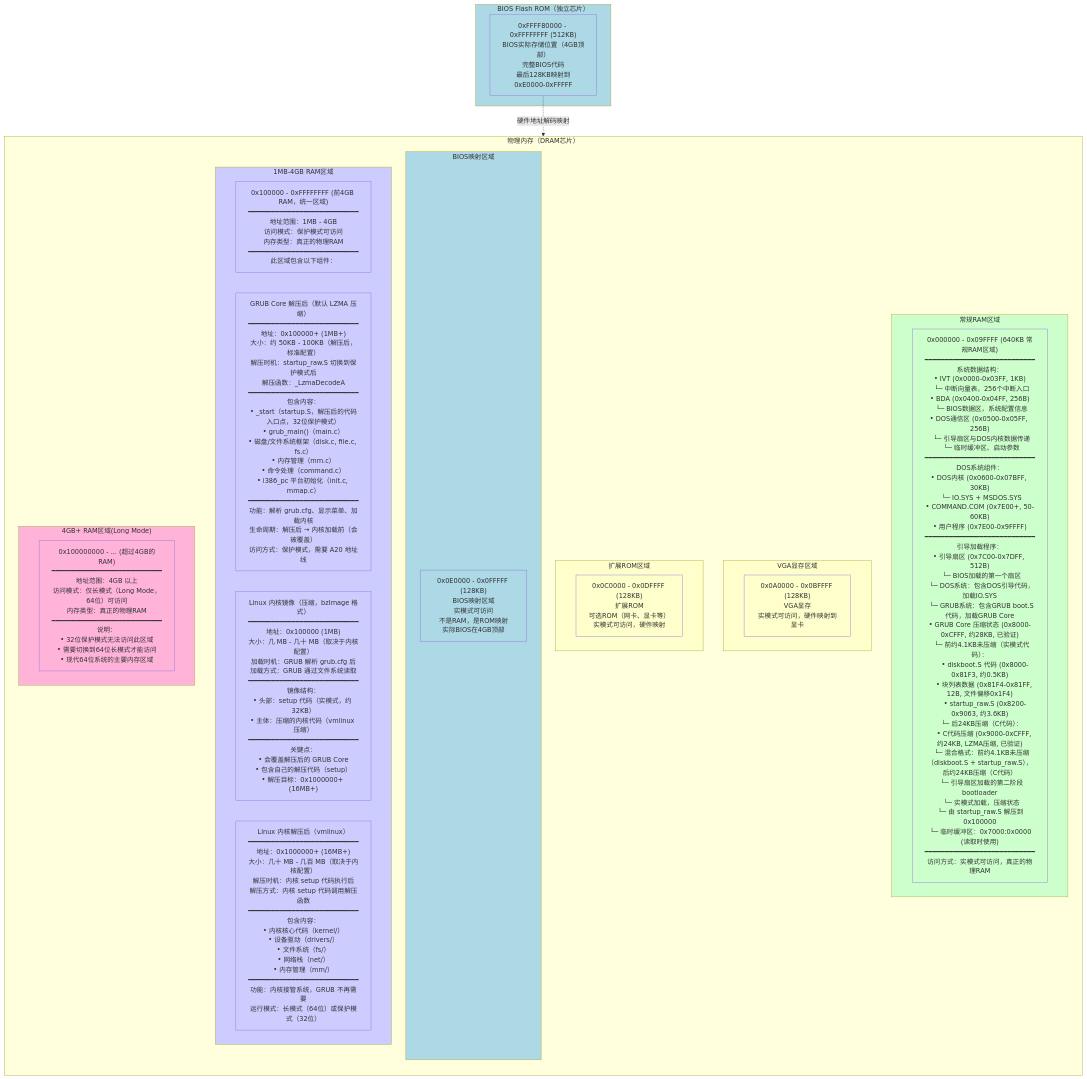
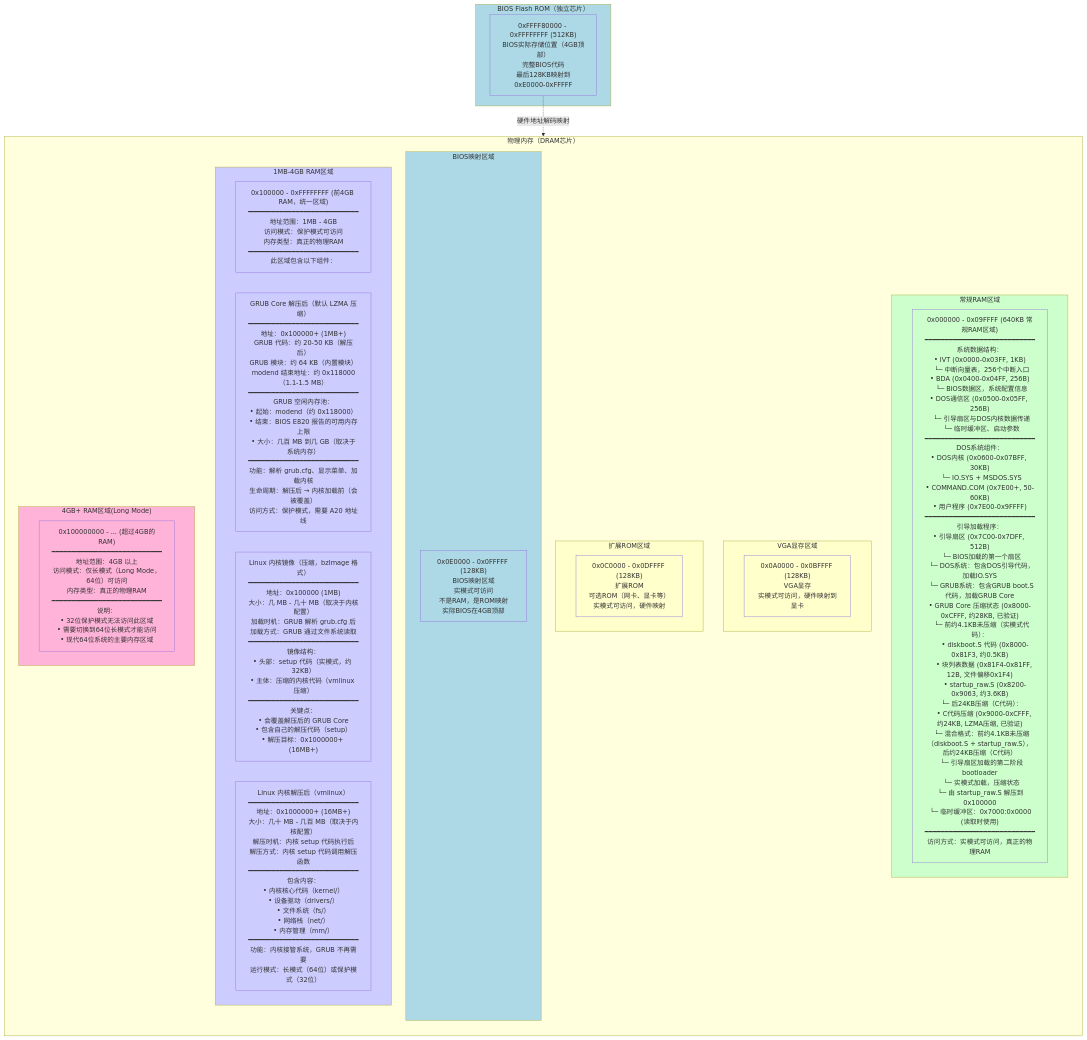
Before and after one commit to liweinan/bootimage-example: the diagram in BIOS_MEMORY_LAYOUT.md, drawn with Mermaid. The commit also changed other lines of this file, not shown here.

First line of the commit message:
更新 BIOS_MEMORY_LAYOUT.md 中的 GRUB 内存布局

````diff
--- a/BIOS_MEMORY_LAYOUT.md
+++ b/BIOS_MEMORY_LAYOUT.md
@@ -287,57 +287,57 @@
    ```mermaid
    flowchart TB
        subgraph DRAM["物理内存（DRAM芯片）"]
            direction TB
            
            subgraph Low640KB["常规RAM区域"]
                LowRAM["0x000000 - 0x09FFFF (640KB 常规RAM区域)<br/>━━━━━━━━━━━━━━━━━━━━━━━━━━━━<br/>系统数据结构：<br/>• IVT (0x0000-0x03FF, 1KB)<br/>  └─ 中断向量表，256个中断入口<br/>• BDA (0x0400-0x04FF, 256B)<br/>  └─ BIOS数据区，系统配置信息<br/>• DOS通信区 (0x0500-0x05FF, 256B)<br/>  └─ 引导扇区与DOS内核数据传递<br/>  └─ 临时缓冲区、启动参数<br/>━━━━━━━━━━━━━━━━━━━━━━━━━━━━<br/>DOS系统组件：<br/>• DOS内核 (0x0600-0x07BFF, 30KB)<br/>  └─ IO.SYS + MSDOS.SYS<br/>• COMMAND.COM (0x7E00+, 50-60KB)<br/>• 用户程序 (0x7E00-0x9FFFF)<br/>━━━━━━━━━━━━━━━━━━━━━━━━━━━━<br/>引导加载程序：<br/>• 引导扇区 (0x7C00-0x7DFF, 512B)<br/>  └─ BIOS加载的第一个扇区<br/>  └─ DOS系统：包含DOS引导代码，加载IO.SYS<br/>  └─ GRUB系统：包含GRUB boot.S代码，加载GRUB Core<br/>• GRUB Core 压缩状态 (0x8000-0xCFFF, 约28KB, 已验证)<br/>  └─ 前约4.1KB未压缩（实模式代码）：<br/>     • diskboot.S 代码 (0x8000-0x81F3, 约0.5KB)<br/>     • 块列表数据 (0x81F4-0x81FF, 12B, 文件偏移0x1F4)<br/>     • startup_raw.S (0x8200-0x9063, 约3.6KB)<br/>  └─ 后24KB压缩（C代码）：<br/>     • C代码压缩 (0x9000-0xCFFF, 约24KB, LZMA压缩, 已验证)<br/>  └─ 混合格式：前约4.1KB未压缩（diskboot.S + startup_raw.S），后约24KB压缩（C代码）<br/>  └─ 引导扇区加载的第二阶段bootloader<br/>  └─ 实模式加载，压缩状态<br/>  └─ 由 startup_raw.S 解压到 0x100000<br/>  └─ 临时缓冲区：0x7000:0x0000 (读取时使用)<br/>━━━━━━━━━━━━━━━━━━━━━━━━━━━━<br/>访问方式：实模式可访问，真正的物理RAM"]
            end
            
            subgraph VGARAM["VGA显存区域"]
                VGAMem["0x0A0000 - 0x0BFFFF (128KB)<br/>VGA显存<br/>实模式可访问，硬件映射到显卡"]
            end
            
            subgraph ExtROM["扩展ROM区域"]
                OptionROM["0x0C0000 - 0x0DFFFF (128KB)<br/>扩展ROM<br/>可选ROM（网卡、显卡等）<br/>实模式可访问，硬件映射"]
            end
            
            subgraph BIOSMap["BIOS映射区域"]
                BIOSMapped["0x0E0000 - 0x0FFFFF (128KB)<br/>BIOS映射区域<br/>实模式可访问<br/>不是RAM，是ROM映射<br/>实际BIOS在4GB顶部"]
            end
            
            subgraph Above1MB["1MB-4GB RAM区域"]
                RAM4GB["0x100000 - 0xFFFFFFFF (前4GB RAM，统一区域)<br/>━━━━━━━━━━━━━━━━━━━━━━━━━━━━<br/>地址范围：1MB - 4GB<br/>访问模式：保护模式可访问<br/>内存类型：真正的物理RAM<br/>━━━━━━━━━━━━━━━━━━━━━━━━━━━━<br/>此区域包含以下组件："]
-               GRUBDecomp["GRUB Core 解压后（默认 LZMA 压缩）<br/>━━━━━━━━━━━━━━━━━━━━━━━━━━━━<br/>地址：0x100000+ (1MB+)<br/>大小：约 50KB - 100KB（解压后，标准配置）<br/>解压时机：startup_raw.S 切换到保护模式后<br/>解压函数：_LzmaDecodeA<br/>━━━━━━━━━━━━━━━━━━━━━━━━━━━━<br/>包含内容：<br/>• _start（startup.S，解压后的代码入口点，32位保护模式）<br/>• grub_main()（main.c）<br/>• 磁盘/文件系统框架（disk.c, file.c, fs.c）<br/>• 内存管理（mm.c）<br/>• 命令处理（command.c）<br/>• i386_pc 平台初始化（init.c, mmap.c）<br/>━━━━━━━━━━━━━━━━━━━━━━━━━━━━<br/>功能：解析 grub.cfg、显示菜单、加载内核<br/>生命周期：解压后 → 内核加载前（会被覆盖）<br/>访问方式：保护模式，需要 A20 地址线"]
+               GRUBDecomp["GRUB Core 解压后（默认 LZMA 压缩）<br/>━━━━━━━━━━━━━━━━━━━━━━━━━━━━<br/>地址：0x100000+ (1MB+)<br/>GRUB 代码：约 20-50 KB（解压后）<br/>GRUB 模块：约 64 KB（内置模块）<br/>modend 结束地址：约 0x118000（1.1-1.5 MB）<br/>━━━━━━━━━━━━━━━━━━━━━━━━━━━━<br/>GRUB 空闲内存池：<br/>• 起始：modend（约 0x118000）<br/>• 结束：BIOS E820 报告的可用内存上限<br/>• 大小：几百 MB 到几 GB（取决于系统内存）<br/>━━━━━━━━━━━━━━━━━━━━━━━━━━━━<br/>功能：解析 grub.cfg、显示菜单、加载内核<br/>生命周期：解压后 → 内核加载前（会被覆盖）<br/>访问方式：保护模式，需要 A20 地址线"]
                KernelLoad["Linux 内核镜像（压缩，bzImage 格式）<br/>━━━━━━━━━━━━━━━━━━━━━━━━━━━━<br/>地址：0x100000 (1MB)<br/>大小：几 MB - 几十 MB（取决于内核配置）<br/>加载时机：GRUB 解析 grub.cfg 后<br/>加载方式：GRUB 通过文件系统读取<br/>━━━━━━━━━━━━━━━━━━━━━━━━━━━━<br/>镜像结构：<br/>• 头部：setup 代码（实模式，约 32KB）<br/>• 主体：压缩的内核代码（vmlinux 压缩）<br/>━━━━━━━━━━━━━━━━━━━━━━━━━━━━<br/>关键点：<br/>• 会覆盖解压后的 GRUB Core<br/>• 包含自己的解压代码（setup）<br/>• 解压目标：0x1000000+ (16MB+)"]
                KernelDecomp["Linux 内核解压后（vmlinux）<br/>━━━━━━━━━━━━━━━━━━━━━━━━━━━━<br/>地址：0x1000000+ (16MB+)<br/>大小：几十 MB - 几百 MB（取决于内核配置）<br/>解压时机：内核 setup 代码执行后<br/>解压方式：内核 setup 代码调用解压函数<br/>━━━━━━━━━━━━━━━━━━━━━━━━━━━━<br/>包含内容：<br/>• 内核核心代码（kernel/）<br/>• 设备驱动（drivers/）<br/>• 文件系统（fs/）<br/>• 网络栈（net/）<br/>• 内存管理（mm/）<br/>━━━━━━━━━━━━━━━━━━━━━━━━━━━━<br/>功能：内核接管系统，GRUB 不再需要<br/>运行模式：长模式（64位）或保护模式（32位）"]
            end
            
            subgraph Above4GB["4GB+ RAM区域(Long Mode)"]
                RAM8GB["0x100000000 - ... (超过4GB的RAM)<br/>━━━━━━━━━━━━━━━━━━━━━━━━━━━━<br/>地址范围：4GB 以上<br/>访问模式：仅长模式（Long Mode，64位）可访问<br/>内存类型：真正的物理RAM<br/>━━━━━━━━━━━━━━━━━━━━━━━━━━━━<br/>说明：<br/>• 32位保护模式无法访问此区域<br/>• 需要切换到64位长模式才能访问<br/>• 现代64位系统的主要内存区域"]
            end
        end
        
        subgraph BIOSROM["BIOS Flash ROM（独立芯片）"]
            BIOSFull["0xFFFF80000 - 0xFFFFFFFF (512KB)<br/>BIOS实际存储位置（4GB顶部）<br/>完整BIOS代码<br/>最后128KB映射到0xE0000-0xFFFFF"]
        end
        
        BIOSFull -.->|"硬件地址解码映射"| BIOSMapped
        
        style Low640KB fill:#ccffcc
        style LowRAM fill:#ccffcc
        style VGARAM fill:#ffffcc
        style VGAMem fill:#ffffcc
        style ExtROM fill:#ffffcc
        style OptionROM fill:#ffffcc
        style BIOSMap fill:#add8e6
        style BIOSMapped fill:#add8e6
        style Above1MB fill:#ccccff
        style RAM4GB fill:#ccccff
        style GRUBDecomp fill:#ccccff
        style KernelLoad fill:#ccccff
        style KernelDecomp fill:#ccccff
        style Above4GB fill:#ffb3d9
        style RAM8GB fill:#ffb3d9
        style BIOSROM fill:#add8e6
        style BIOSFull fill:#add8e6
    ```
````
